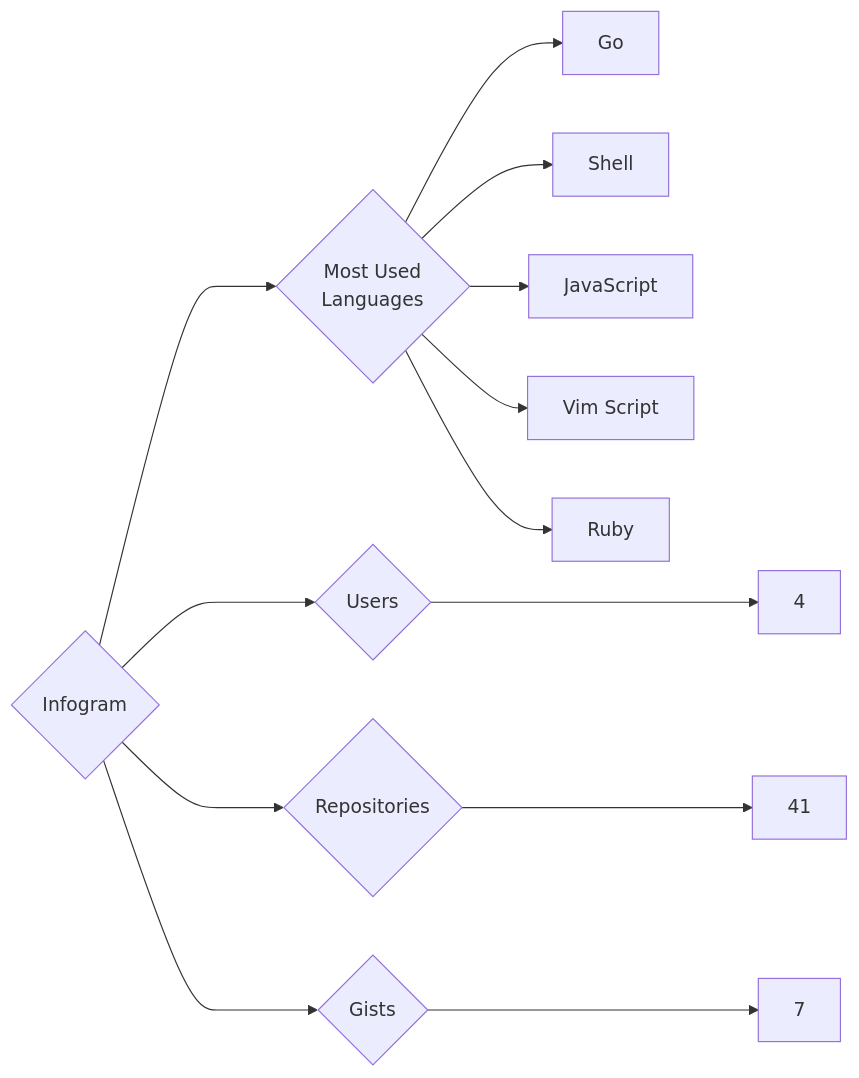
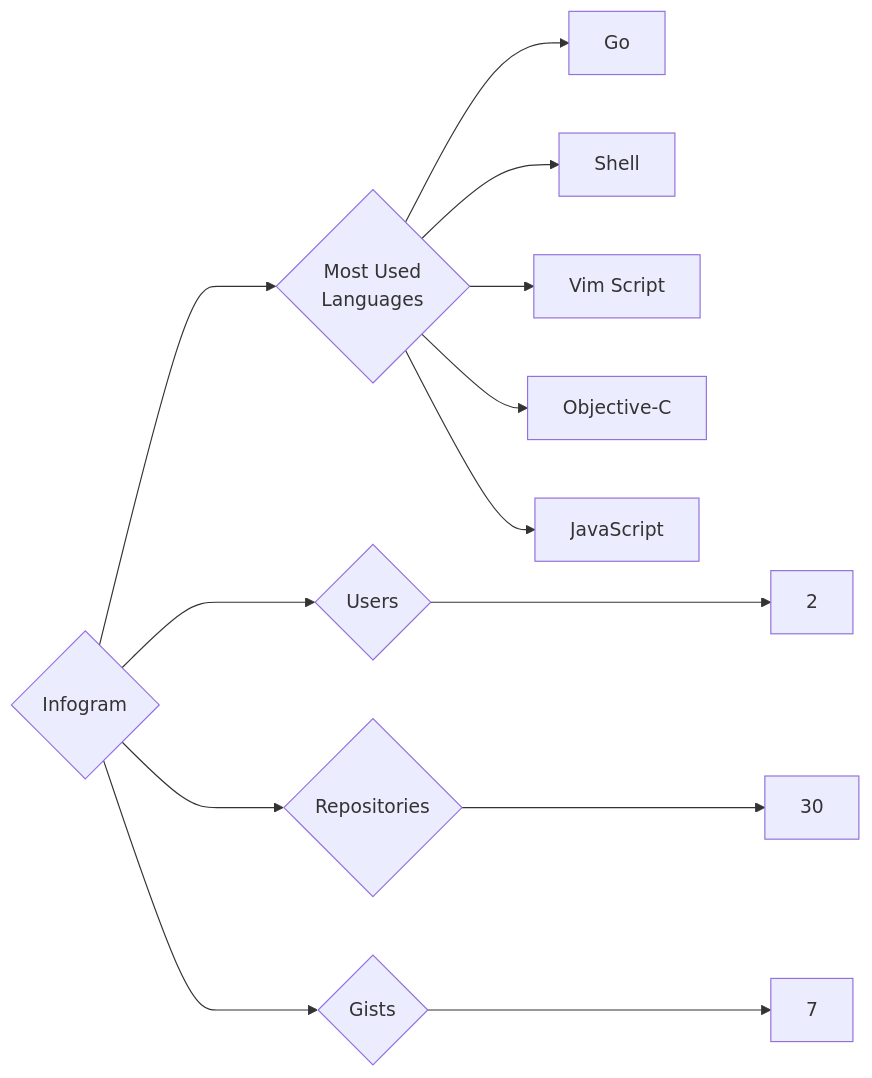
Before and after one commit to trickest/insiders: the diagram in targets/Infogram/README.md, drawn with Mermaid. The commit also changed 553 other files, not shown here.

````diff
--- a/targets/Infogram/README.md
+++ b/targets/Infogram/README.md
@@ -3,13 +3,13 @@
 ```mermaid
 graph LR
 COMPANY_NAME{Infogram}
-COMPANY_NAME ---> U{Users} ---> UN[4]
-COMPANY_NAME ---> R{Repositories} ---> RN[41]
+COMPANY_NAME ---> U{Users} ---> UN[2]
+COMPANY_NAME ---> R{Repositories} ---> RN[30]
 COMPANY_NAME ---> G{Gists} ---> GN[7]
 COMPANY_NAME ---> ML{Most Used<br>Languages}
 ML --> Go[Go]
 ML --> Shell[Shell]
+ML --> Vim_Script[Vim Script]
+ML --> Objective-C[Objective-C]
 ML --> JavaScript[JavaScript]
-ML --> Vim_Script[Vim Script]
-ML --> Ruby[Ruby]
 ```
````
